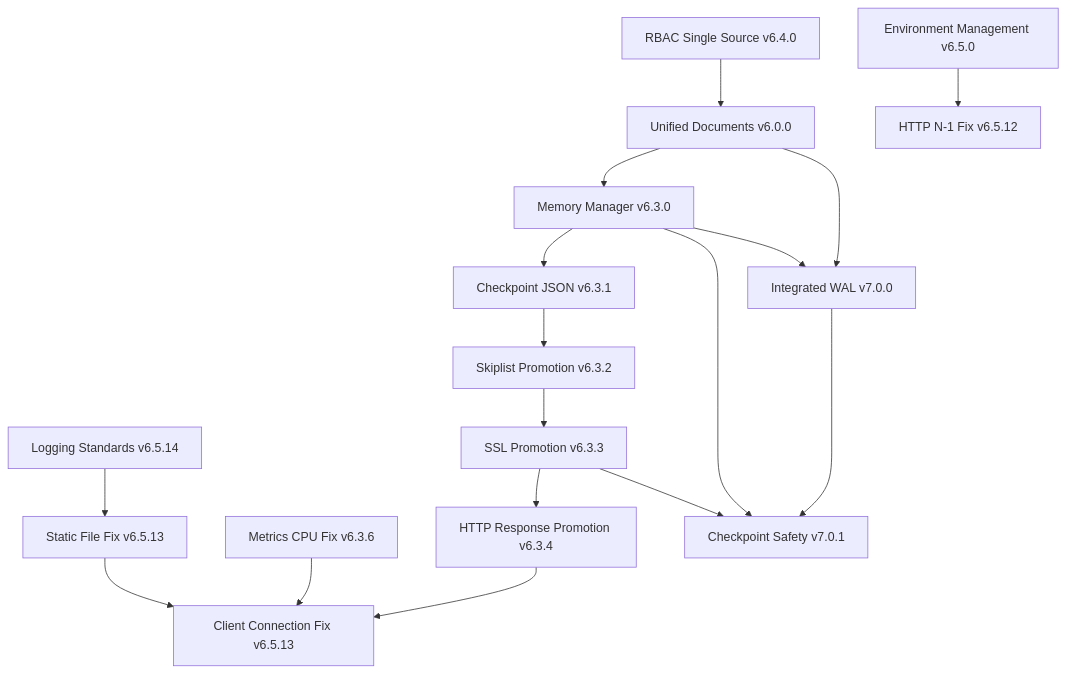
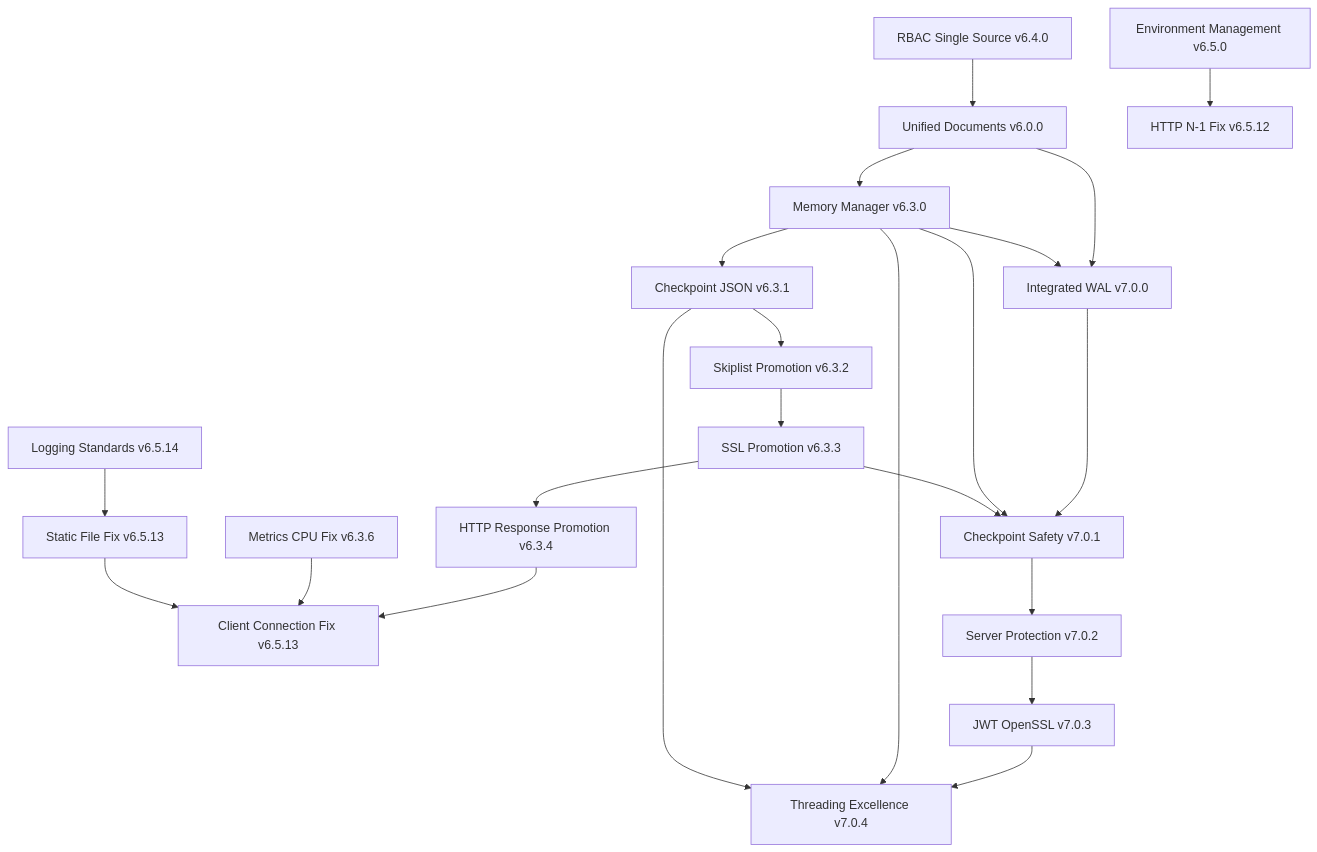
Before and after one commit to osakka/jdbx: the diagram in docs/adr/ADR-TIMELINE.md, drawn with Mermaid. The commit also changed other lines of this file and 8 other files, not shown here.

First line of the commit message:
📚 DOCS: Comprehensive architectural decision documentation update

````diff
--- a/docs/adr/ADR-TIMELINE.md
+++ b/docs/adr/ADR-TIMELINE.md
@@ -1047,21 +1142,27 @@
 ```mermaid
 graph TD
     A[Unified Documents v6.0.0] --> B[Memory Manager v6.3.0]
     B --> C[Checkpoint JSON v6.3.1]
     C --> D[Skiplist Promotion v6.3.2]
     D --> E[SSL Promotion v6.3.3]
     E --> F[HTTP Response Promotion v6.3.4]
     F --> G[Client Connection Fix v6.5.13]
     
     H[RBAC Single Source v6.4.0] --> A
     I[Environment Management v6.5.0] --> J[HTTP N-1 Fix v6.5.12]
     K[Metrics CPU Fix v6.3.6] --> G
     L[Static File Fix v6.5.13] --> G
     M[Logging Standards v6.5.14] --> L
     
     A --> N[Integrated WAL v7.0.0]
     B --> N
     N --> O[Checkpoint Safety v7.0.1]
     B --> O
     E --> O
+    
+    O --> P[Server Protection v7.0.2]
+    P --> Q[JWT OpenSSL v7.0.3]
+    Q --> R[Threading Excellence v7.0.4]
+    B --> R
+    C --> R
 ```
````
